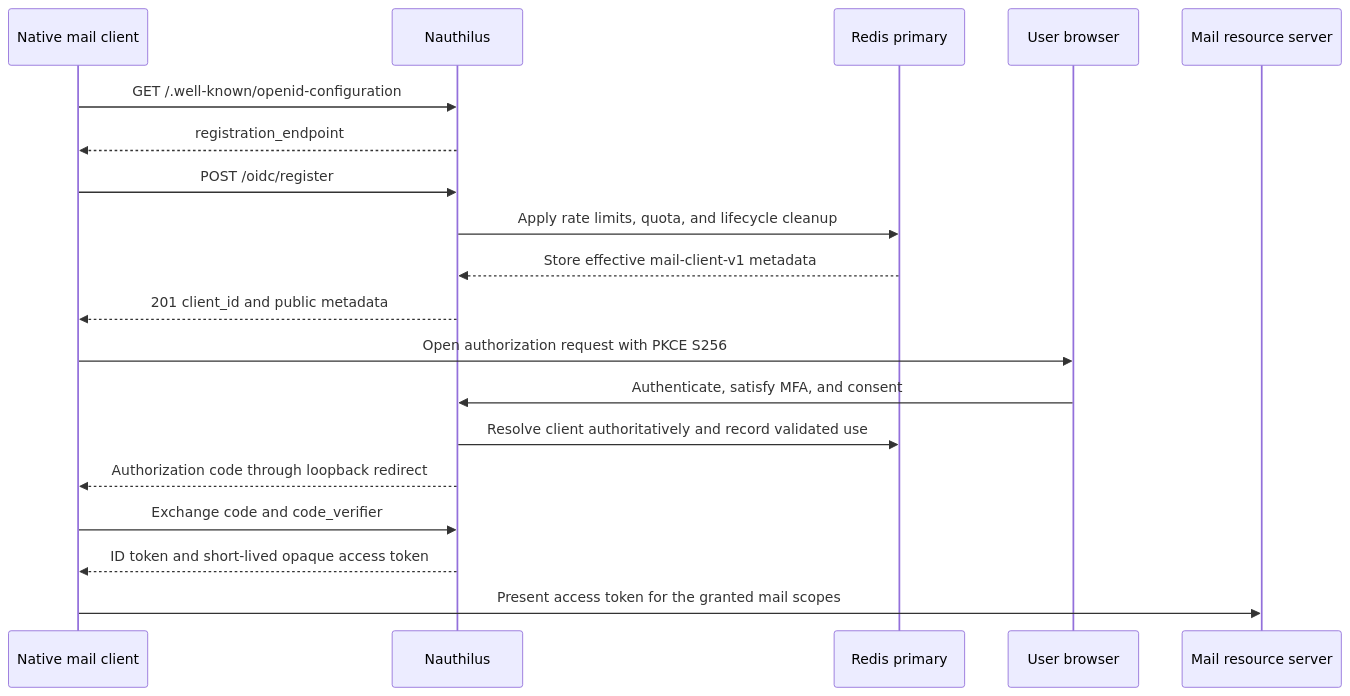
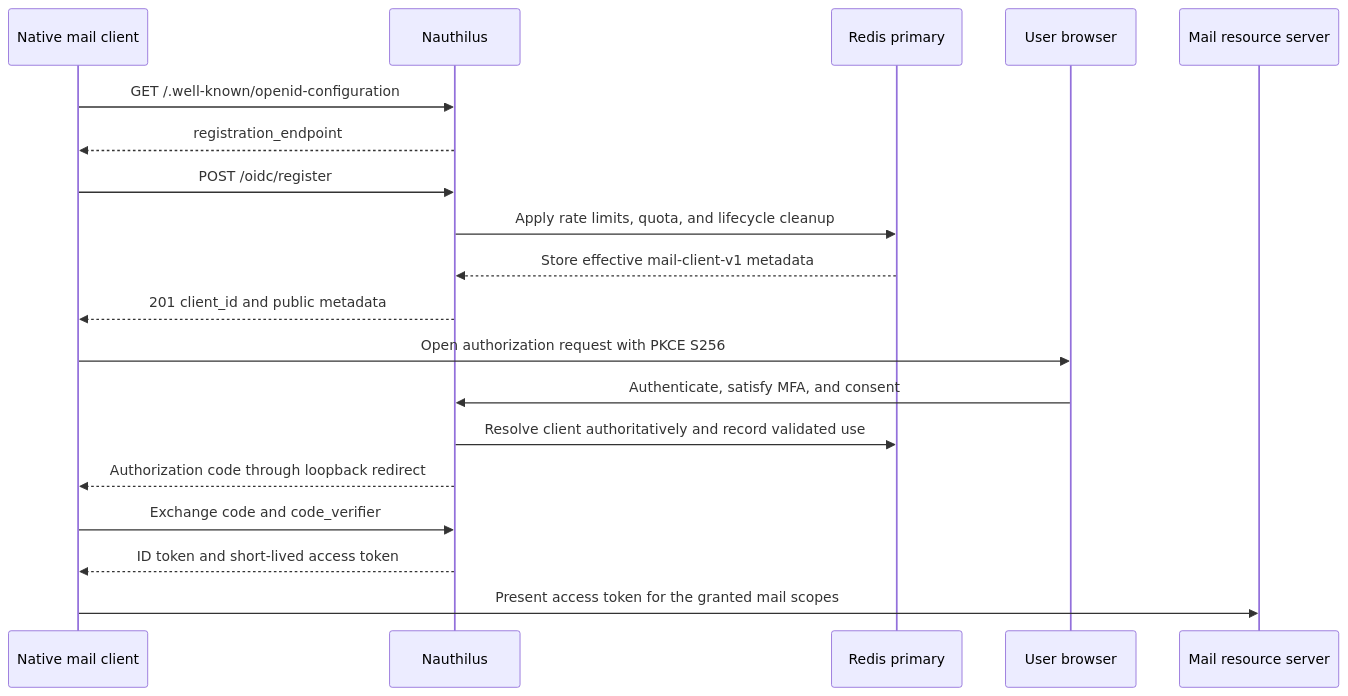
The diagram in docs/guides/oidc-dynamic-client-registration.md (croessner/nauthilus-website), drawn with Mermaid before and after one commit. The commit also changed other lines of this file and 657 other files, not shown here.

````diff
--- a/docs/guides/oidc-dynamic-client-registration.md
+++ b/docs/guides/oidc-dynamic-client-registration.md
@@ -51,22 +51,22 @@
 ```mermaid
 sequenceDiagram
     participant C as Native mail client
     participant N as Nauthilus
     participant R as Redis primary
     participant B as User browser
     participant M as Mail resource server
 
     C->>N: GET /.well-known/openid-configuration
     N-->>C: registration_endpoint
     C->>N: POST /oidc/register
     N->>R: Apply rate limits, quota, and lifecycle cleanup
     R-->>N: Store effective mail-client-v1 metadata
     N-->>C: 201 client_id and public metadata
     C->>B: Open authorization request with PKCE S256
     B->>N: Authenticate, satisfy MFA, and consent
     N->>R: Resolve client authoritatively and record validated use
     N-->>C: Authorization code through loopback redirect
     C->>N: Exchange code and code_verifier
-    N-->>C: ID token and short-lived opaque access token
+    N-->>C: ID token and short-lived access token
     C->>M: Present access token for the granted mail scopes
 ```
````
